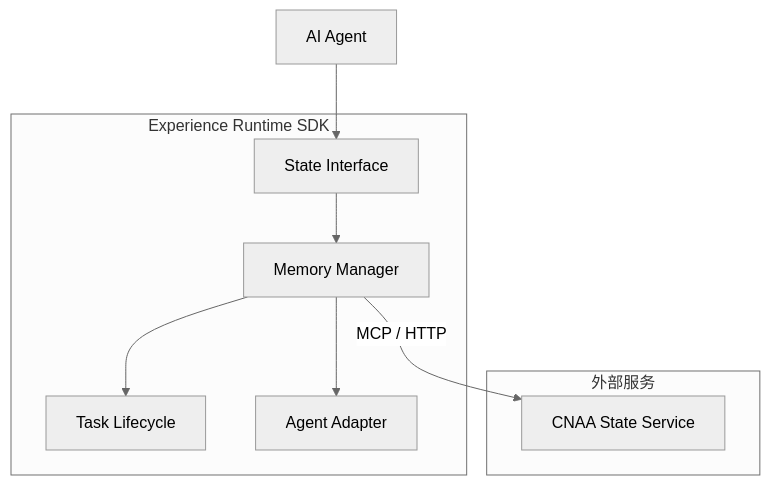
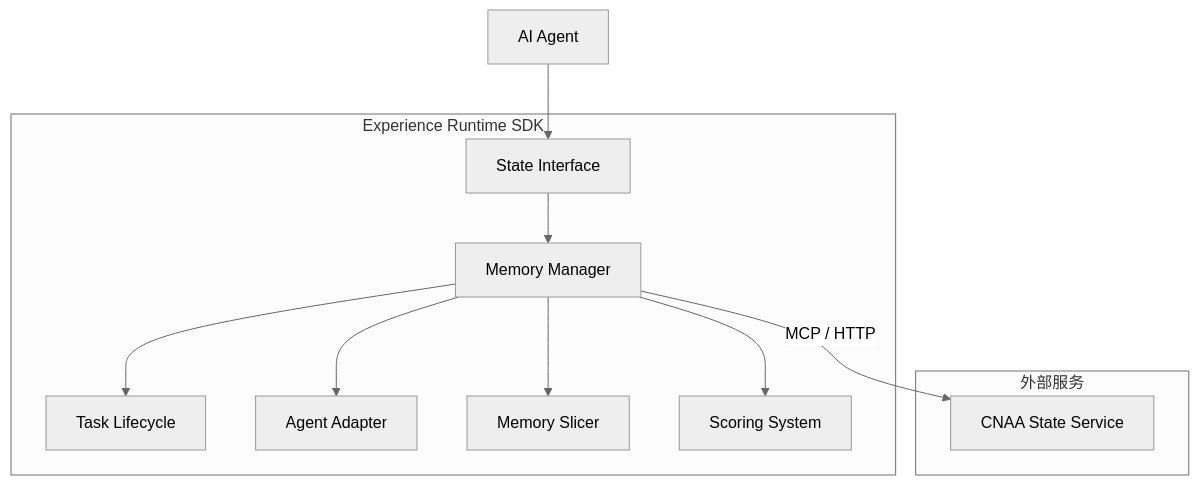
One commit to lgx236/CNAA-Cloud-Native-Agent-Architecture- changed the first of 5 diagrams in .qoder/repowiki/zh/content/架构设计/核心组件设计/Memory Manager.md. Above: the diagram before and after it, drawn with Mermaid (neutral theme). The commit also changed other lines of this file and 98 other files, not shown here.

Commit message:
feat: Add cloud-local distributed architecture configuration & deployment docs

````diff
--- a/.qoder/repowiki/zh/content/架构设计/核心组件设计/Memory Manager.md
+++ b/.qoder/repowiki/zh/content/架构设计/核心组件设计/Memory Manager.md
@@ -40,17 +57,21 @@
 ```mermaid
 graph TB
 subgraph "Experience Runtime SDK"
 SI["State Interface"]
 MM["Memory Manager"]
 TL["Task Lifecycle"]
 AA["Agent Adapter"]
+MS["Memory Slicer"]
+SC["Scoring System"]
 end
 subgraph "外部服务"
 SVC["CNAA State Service"]
 end
 AG["AI Agent"] --> SI
 SI --> MM
 MM --> TL
 MM --> AA
+MM --> MS
+MM --> SC
 MM --> |MCP / HTTP| SVC
 ```
````
